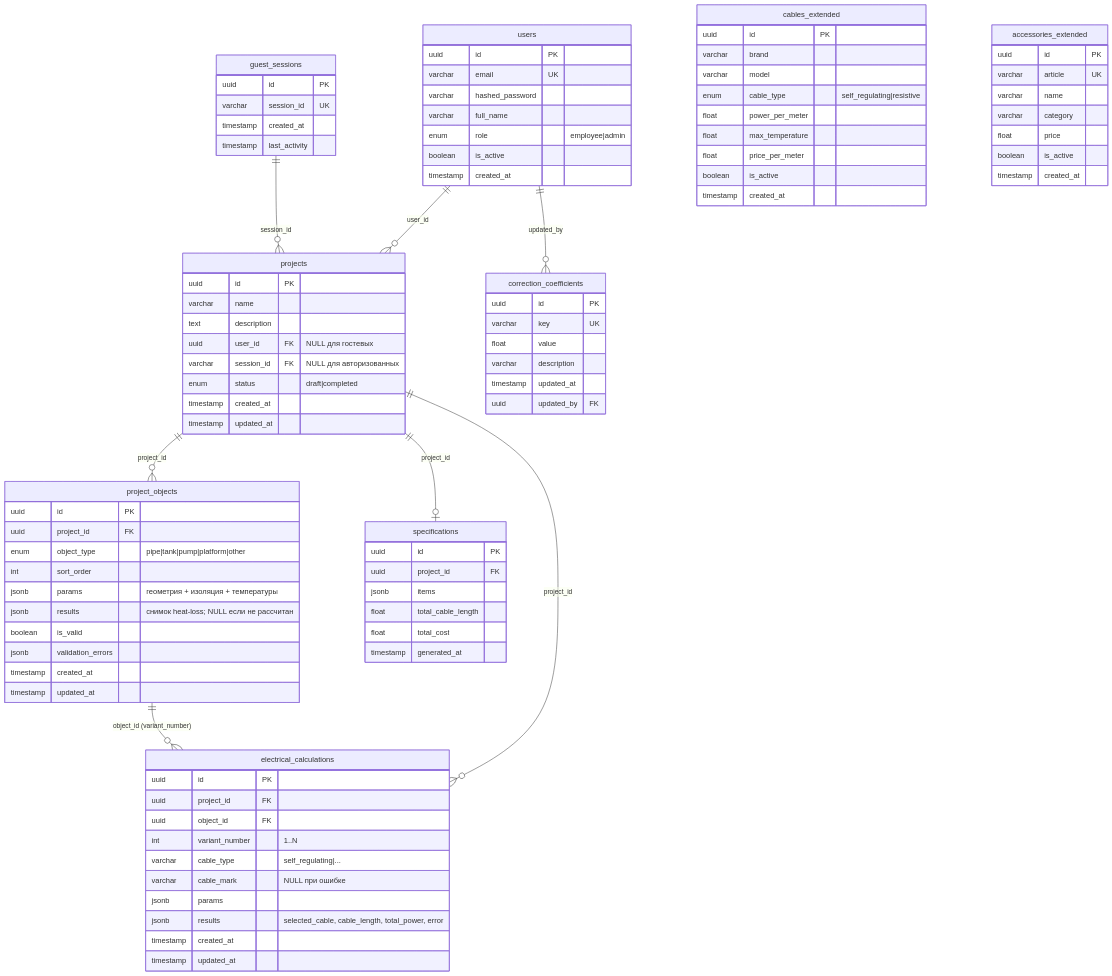
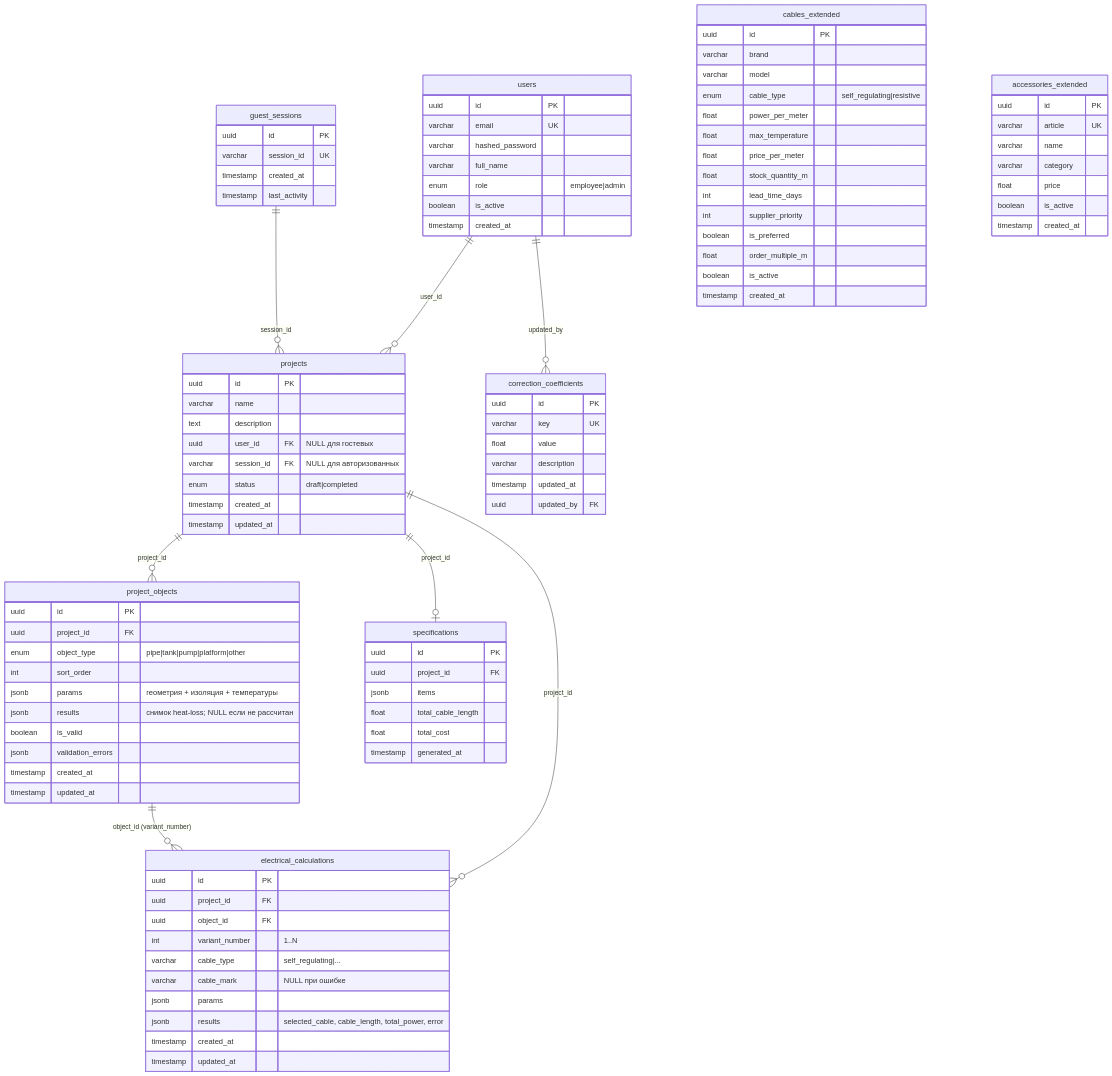
Before and after one commit to malafdmitry0-crypto/TLT: the first of 5 diagrams in docs/analysis/diagrams-domain.md, drawn with Mermaid. The commit also changed other lines of this file and 70 other files, not shown here.

```diff
--- a/docs/analysis/diagrams-domain.md
+++ b/docs/analysis/diagrams-domain.md
@@ -99,6 +99,11 @@
         float power_per_meter
         float max_temperature
         float price_per_meter
+        float stock_quantity_m
+        int lead_time_days
+        int supplier_priority
+        boolean is_preferred
+        float order_multiple_m
         boolean is_active
         timestamp created_at
     }
```
